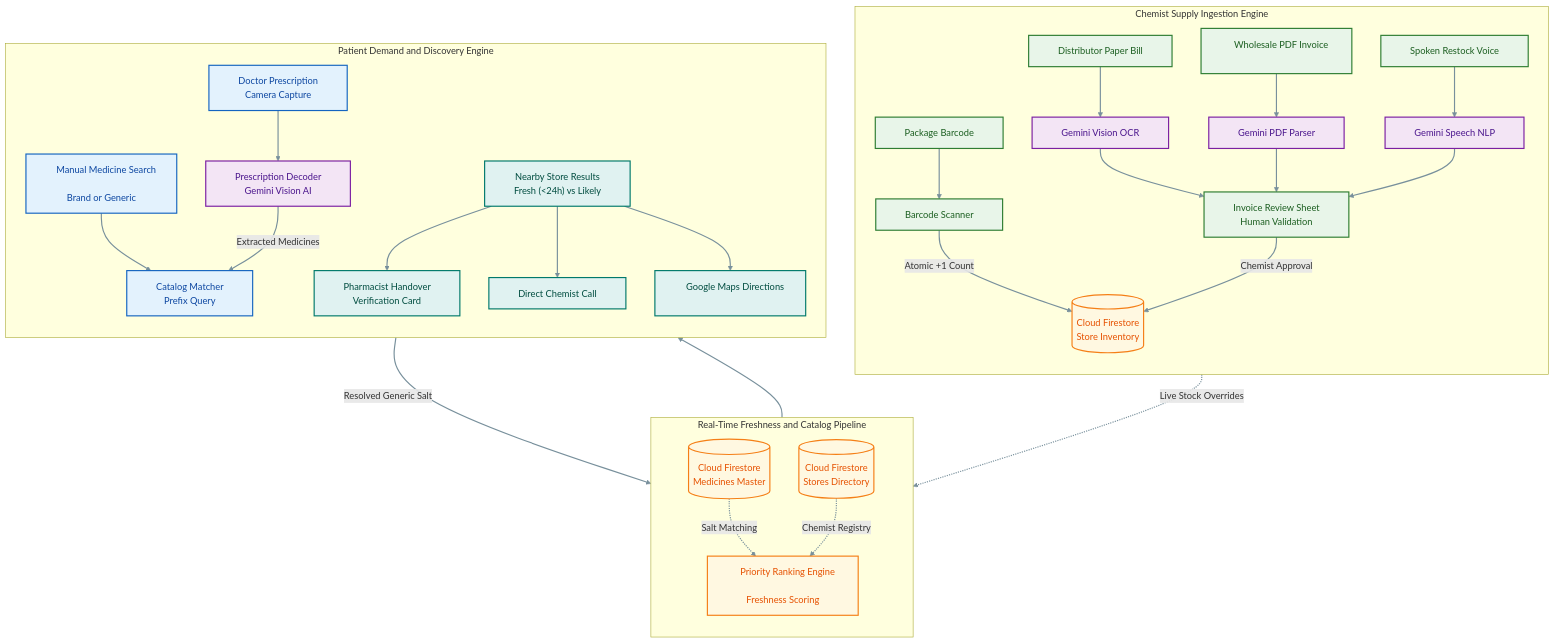
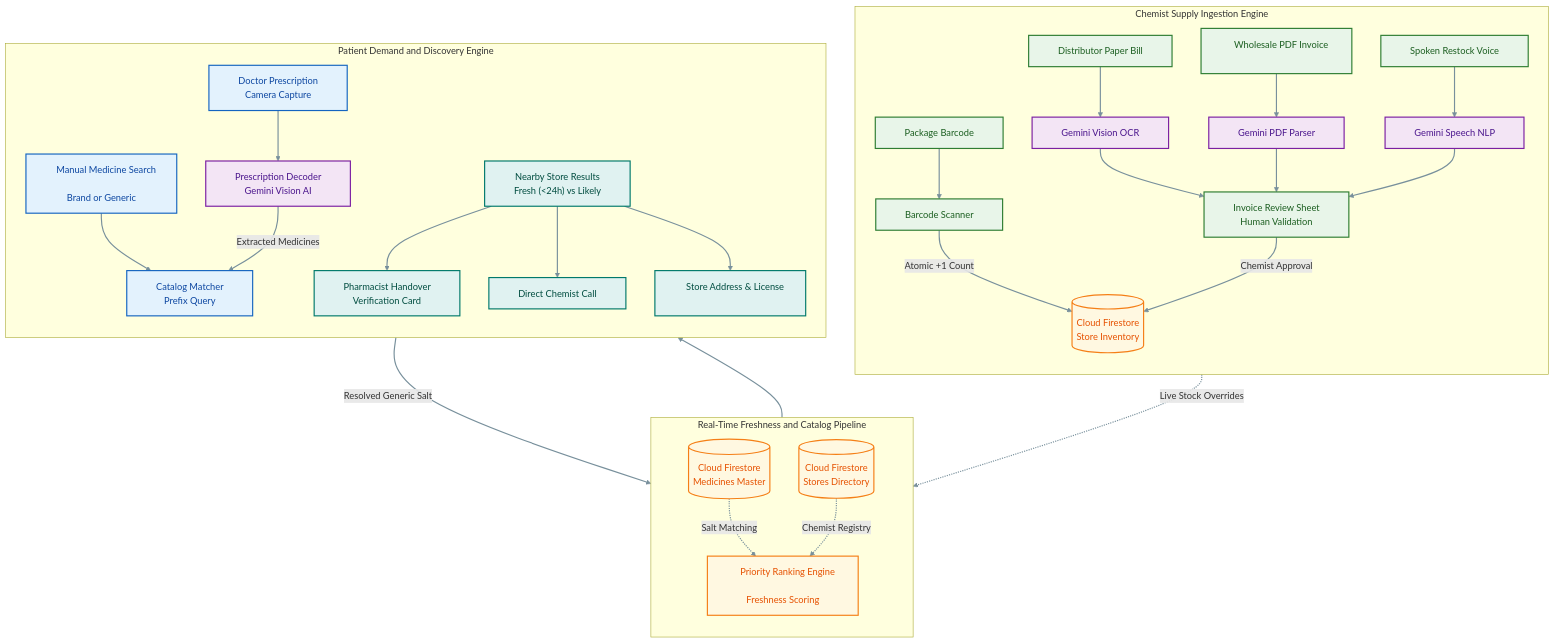
One commit to Parth-Chavan-15/MedSetu-TechSprint changed the second of 6 diagrams in README.md. Above: the diagram before and after it, drawn with Mermaid. The commit also changed other lines of this file, not shown here.

Commit message:
docs: remove location simulation tip, align maps/dialer references strictly with codebase

````diff
--- a/README.md
+++ b/README.md
@@ -116,53 +116,53 @@
 ```mermaid
 flowchart TB
     subgraph ChemistEngine["Chemist Supply Ingestion Engine"]
         direction TB
         C_INV["&nbsp;&nbsp;&nbsp;&nbsp; Distributor Paper Bill &nbsp;&nbsp;&nbsp;&nbsp;"] --> G_INV["&nbsp;&nbsp;&nbsp;&nbsp; Gemini Vision OCR &nbsp;&nbsp;&nbsp;&nbsp;"]
         C_PDF["&nbsp;&nbsp;&nbsp;&nbsp; Wholesale PDF Invoice &nbsp;&nbsp;&nbsp;&nbsp;"] --> G_PDF["&nbsp;&nbsp;&nbsp;&nbsp; Gemini PDF Parser &nbsp;&nbsp;&nbsp;&nbsp;"]
         C_VOICE["&nbsp;&nbsp;&nbsp;&nbsp; Spoken Restock Voice &nbsp;&nbsp;&nbsp;&nbsp;"] --> G_NLP["&nbsp;&nbsp;&nbsp;&nbsp; Gemini Speech NLP &nbsp;&nbsp;&nbsp;&nbsp;"]
         C_BC["&nbsp;&nbsp;&nbsp;&nbsp; Package Barcode &nbsp;&nbsp;&nbsp;&nbsp;"] --> BC_SCAN["&nbsp;&nbsp;&nbsp;&nbsp; Barcode Scanner &nbsp;&nbsp;&nbsp;&nbsp;"]
 
         G_INV --> IRS["&nbsp;&nbsp;&nbsp;&nbsp; Invoice Review Sheet &nbsp;&nbsp;&nbsp;&nbsp;<br/>&nbsp;&nbsp;&nbsp;&nbsp; Human Validation &nbsp;&nbsp;&nbsp;&nbsp;"]
         G_PDF --> IRS
         G_NLP --> IRS
         BC_SCAN -->|Atomic +1 Count| FS_INV
         IRS -->|Chemist Approval| FS_INV[(" Cloud Firestore <br/> Store Inventory ")]
     end
 
     subgraph CoreEngine["Real-Time Freshness and Catalog Pipeline"]
         direction TB
         FS_MED[(" Cloud Firestore <br/> Medicines Master ")]
         FS_STORES[(" Cloud Firestore <br/> Stores Directory ")]
 
         FS_INV -.->|Live Stock Overrides| RANK["&nbsp;&nbsp;&nbsp;&nbsp; Priority Ranking Engine &nbsp;&nbsp;&nbsp;&nbsp;<br/>&nbsp;&nbsp;&nbsp;&nbsp; Freshness Scoring &nbsp;&nbsp;&nbsp;&nbsp;"]
         FS_MED -.->|Salt Matching| RANK
         FS_STORES -.->|Chemist Registry| RANK
     end
 
     subgraph PatientEngine["Patient Demand and Discovery Engine"]
         direction TB
         P_RX["&nbsp;&nbsp;&nbsp;&nbsp; Doctor Prescription &nbsp;&nbsp;&nbsp;&nbsp;<br/>&nbsp;&nbsp;&nbsp;&nbsp; Camera Capture &nbsp;&nbsp;&nbsp;&nbsp;"] --> G_RX["&nbsp;&nbsp;&nbsp;&nbsp; Prescription Decoder &nbsp;&nbsp;&nbsp;&nbsp;<br/>&nbsp;&nbsp;&nbsp;&nbsp; Gemini Vision AI &nbsp;&nbsp;&nbsp;&nbsp;"]
         P_TXT["&nbsp;&nbsp;&nbsp;&nbsp; Manual Medicine Search &nbsp;&nbsp;&nbsp;&nbsp;<br/>&nbsp;&nbsp;&nbsp;&nbsp; Brand or Generic &nbsp;&nbsp;&nbsp;&nbsp;"] --> MATCH["&nbsp;&nbsp;&nbsp;&nbsp; Catalog Matcher &nbsp;&nbsp;&nbsp;&nbsp;<br/>&nbsp;&nbsp;&nbsp;&nbsp; Prefix Query &nbsp;&nbsp;&nbsp;&nbsp;"]
         G_RX -->|Extracted Medicines| MATCH
         MATCH -->|Resolved Generic Salt| RANK
 
         RANK --> UI_STORES["&nbsp;&nbsp;&nbsp;&nbsp; Nearby Store Results &nbsp;&nbsp;&nbsp;&nbsp;<br/>&nbsp;&nbsp;&nbsp;&nbsp; Fresh (<24h) vs Likely &nbsp;&nbsp;&nbsp;&nbsp;"]
         UI_STORES --> ACT_CARD["&nbsp;&nbsp;&nbsp;&nbsp; Pharmacist Handover &nbsp;&nbsp;&nbsp;&nbsp;<br/>&nbsp;&nbsp;&nbsp;&nbsp; Verification Card &nbsp;&nbsp;&nbsp;&nbsp;"]
         UI_STORES --> ACT_CALL["&nbsp;&nbsp;&nbsp;&nbsp; Direct Chemist Call &nbsp;&nbsp;&nbsp;&nbsp;"]
-        UI_STORES --> ACT_MAP["&nbsp;&nbsp;&nbsp;&nbsp; Google Maps Directions &nbsp;&nbsp;&nbsp;&nbsp;"]
+        UI_STORES --> ACT_INFO["&nbsp;&nbsp;&nbsp;&nbsp; Store Address & License &nbsp;&nbsp;&nbsp;&nbsp;"]
     end
 
     classDef chemist fill:#E8F5E9,stroke:#2E7D32,color:#1B5E20,stroke-width:2px;
     classDef patient fill:#E3F2FD,stroke:#1565C0,color:#0D47A1,stroke-width:2px;
     classDef ai fill:#F3E5F5,stroke:#7B1FA2,color:#4A148C,stroke-width:2px;
     classDef firestore fill:#FFF8E1,stroke:#F57F17,color:#E65100,stroke-width:2px;
     classDef output fill:#E0F2F1,stroke:#00796B,color:#004D40,stroke-width:2px;
 
     class C_INV,C_PDF,C_VOICE,C_BC,BC_SCAN,IRS chemist;
     class P_RX,P_TXT,MATCH patient;
     class G_INV,G_PDF,G_NLP,G_RX ai;
     class FS_INV,FS_MED,FS_STORES,RANK firestore;
-    class UI_STORES,ACT_CARD,ACT_CALL,ACT_MAP output;
+    class UI_STORES,ACT_CARD,ACT_CALL,ACT_INFO output;
 
     linkStyle default stroke:#78909C,stroke-width:2px;
 ```
````
